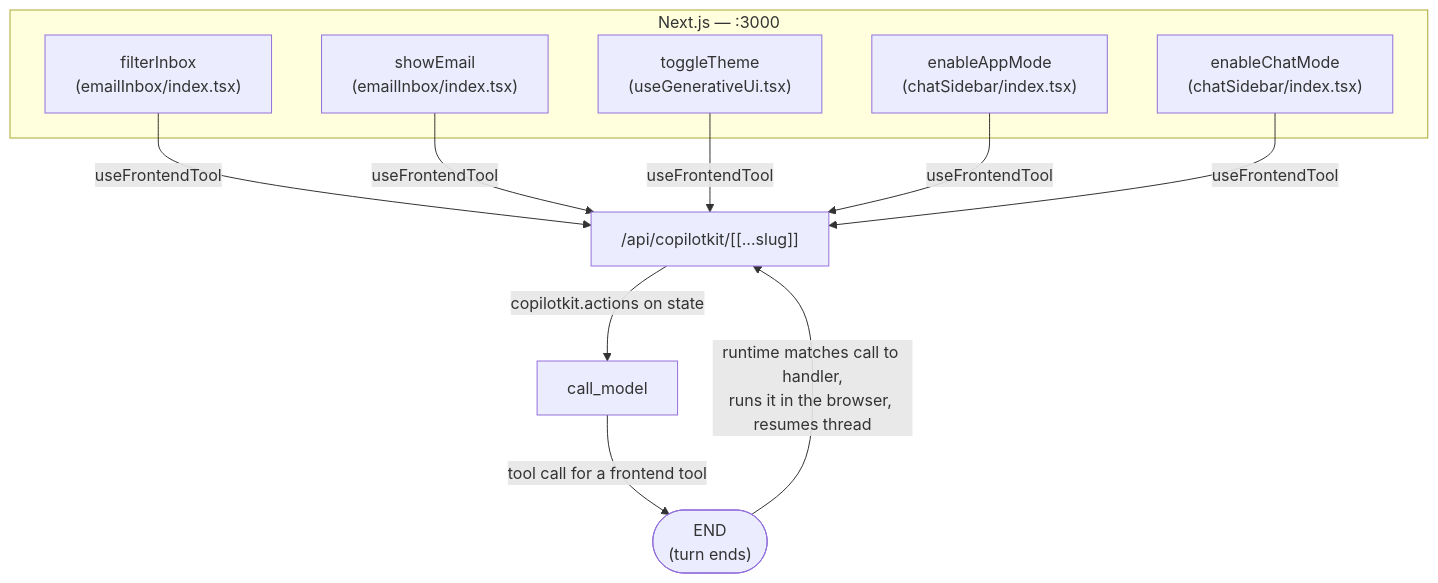
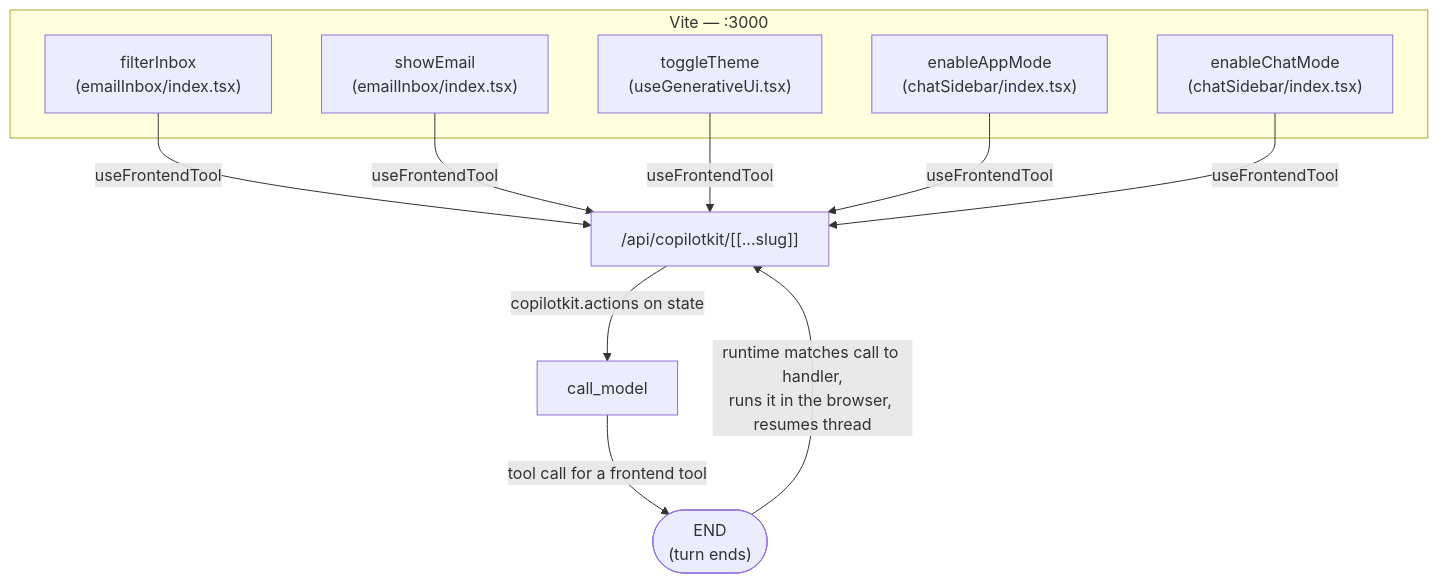
The fifth of 5 diagrams in practice-new-version/docs/ARCHITECTURE.md (myle-agilityio/langchain-training), drawn with Mermaid before and after one commit. The commit also changed other lines of this file and 4 other files, not shown here.

````diff
--- a/practice-new-version/docs/ARCHITECTURE.md
+++ b/practice-new-version/docs/ARCHITECTURE.md
@@ -126,20 +126,20 @@
 ```mermaid
 graph TD
-    subgraph Frontend["Next.js — :3000"]
+    subgraph Frontend["Vite — :3000"]
         FilterInbox["filterInbox\n(emailInbox/index.tsx)"]
         ShowEmail["showEmail\n(emailInbox/index.tsx)"]
         ToggleTheme["toggleTheme\n(useGenerativeUi.tsx)"]
         EnableAppMode["enableAppMode\n(chatSidebar/index.tsx)"]
         EnableChatMode["enableChatMode\n(chatSidebar/index.tsx)"]
     end
 
     FilterInbox -- "useFrontendTool" --> CopilotRoute["/api/copilotkit/[[...slug]]"]
     ShowEmail -- "useFrontendTool" --> CopilotRoute
     ToggleTheme -- "useFrontendTool" --> CopilotRoute
     EnableAppMode -- "useFrontendTool" --> CopilotRoute
     EnableChatMode -- "useFrontendTool" --> CopilotRoute
 
     CopilotRoute -- "copilotkit.actions on state" --> call_model["call_model"]
     call_model -- "tool call for a frontend tool" --> END(["END\n(turn ends)"])
     END -- "runtime matches call to handler,\nruns it in the browser, resumes thread" --> CopilotRoute
 ```
````
